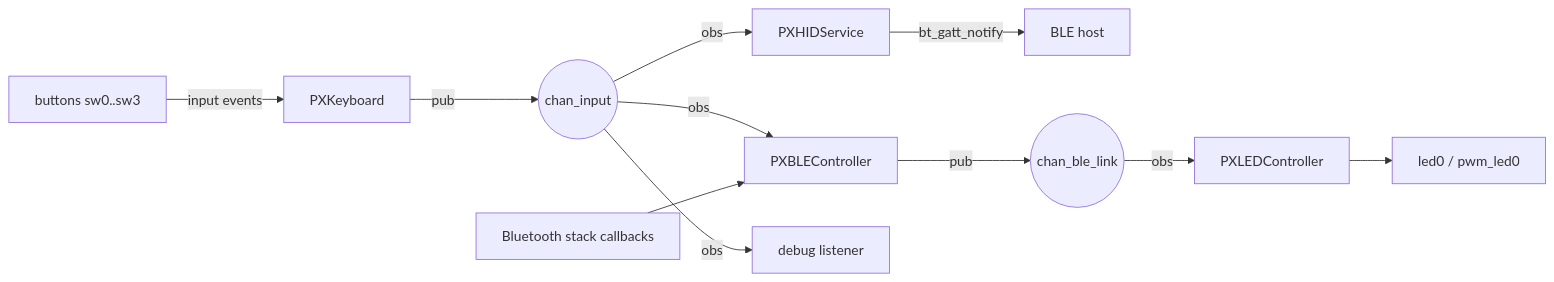
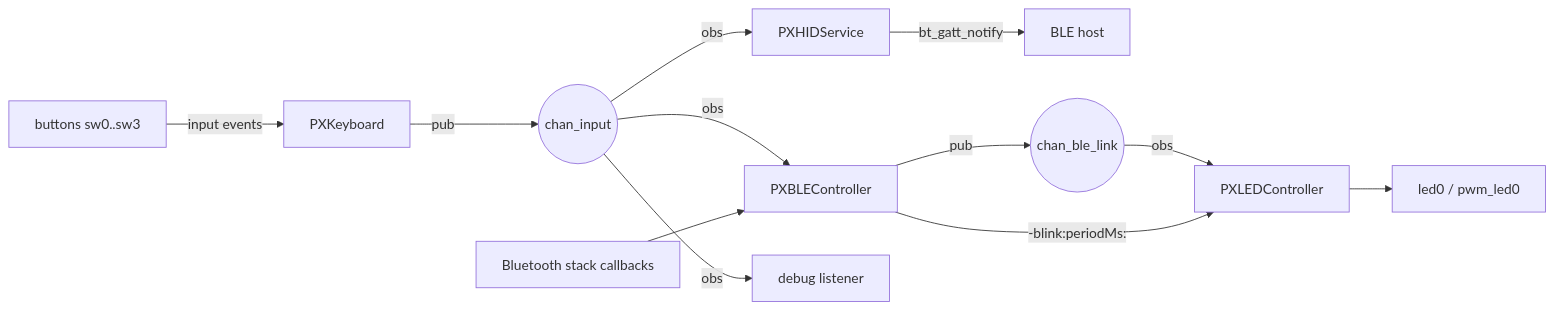
Before and after one commit to rodrigopex/px-keyboard: the diagram in README.md, drawn with Mermaid. The commit also changed other lines of this file and 3 other files, not shown here.

````diff
--- a/README.md
+++ b/README.md
@@ -19,13 +19,14 @@
 ```mermaid
 flowchart LR
   SW["buttons sw0..sw3"] -->|input events| KB["PXKeyboard"]
   KB -->|pub| CK(("chan_input"))
   CK -->|obs| HID["PXHIDService"]
   CK -->|obs| BLE["PXBLEController"]
   CK -->|obs| DBG["debug listener"]
   HID -->|bt_gatt_notify| HOST["BLE host"]
   BT["Bluetooth stack callbacks"] --> BLE
   BLE -->|pub| CL(("chan_ble_link"))
   CL -->|obs| LEDC["PXLEDController"]
+  BLE -->|"-blink:periodMs:"| LEDC
   LEDC --> LED["led0 / pwm_led0"]
 ```
````
